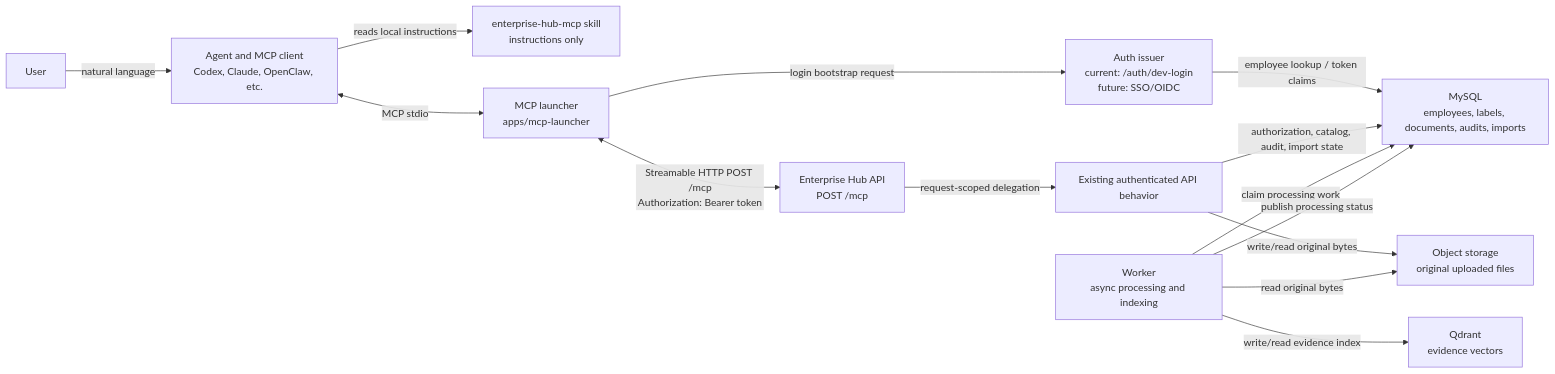
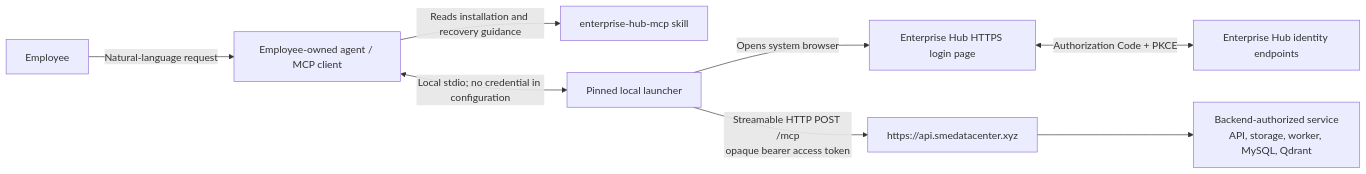
The first of 2 diagrams in docs/implementation/mcp-user-flow.md (YinXiaoyu-1998/SME_DATA_CENTER), drawn with Mermaid before and after one commit. The commit also changed other lines of this file and 9 other files, not shown here.

Commit message:
docs: define official Enterprise Hub MCP client flow

````diff
--- a/docs/implementation/mcp-user-flow.md
+++ b/docs/implementation/mcp-user-flow.md
@@ -23,28 +17,10 @@
 ```mermaid
 flowchart LR
-  User["User"]
-  Agent["Agent and MCP client<br/>Codex, Claude, OpenClaw, etc."]
-  Skill["enterprise-hub-mcp skill<br/>instructions only"]
-  Launcher["MCP launcher<br/>apps/mcp-launcher"]
-  ApiMcp["Enterprise Hub API<br/>POST /mcp"]
-  Auth["Auth issuer<br/>current: /auth/dev-login<br/>future: SSO/OIDC"]
-  ApiRoutes["Existing authenticated API behavior"]
-  Db["MySQL<br/>employees, labels, documents, audits, imports"]
-  Storage["Object storage<br/>original uploaded files"]
-  Worker["Worker<br/>async processing and indexing"]
-  Qdrant["Qdrant<br/>evidence vectors"]
-
-  User -->|"natural language"| Agent
-  Agent -->|"reads local instructions"| Skill
-  Agent <-->|"MCP stdio"| Launcher
-  Launcher <-->|"Streamable HTTP POST /mcp<br/>Authorization: Bearer token"| ApiMcp
-  Launcher -->|"login bootstrap request"| Auth
-  ApiMcp -->|"request-scoped delegation"| ApiRoutes
-  Auth -->|"employee lookup / token claims"| Db
-  ApiRoutes -->|"authorization, catalog, audit, import state"| Db
-  ApiRoutes -->|"write/read original bytes"| Storage
-  Worker -->|"claim processing work"| Db
-  Worker -->|"read original bytes"| Storage
-  Worker -->|"write/read evidence index"| Qdrant
-  Worker -->|"publish processing status"| Db
+  Employee["Employee"] -->|"Natural-language request"| Agent["Employee-owned agent / MCP client"]
+  Agent -->|"Reads installation and recovery guidance"| Skill["enterprise-hub-mcp skill"]
+  Agent <-->|"Local stdio; no credential in configuration"| Launcher["Pinned local launcher"]
+  Launcher -->|"Opens system browser"| Browser["Enterprise Hub HTTPS login page"]
+  Browser <-->|"Authorization Code + PKCE"| Auth["Enterprise Hub identity endpoints"]
+  Launcher -->|"Streamable HTTP POST /mcp\nopaque bearer access token"| Api["https://api.smedatacenter.xyz"]
+  Api --> Data["Backend-authorized service\nAPI, storage, worker, MySQL, Qdrant"]
 ```
````
